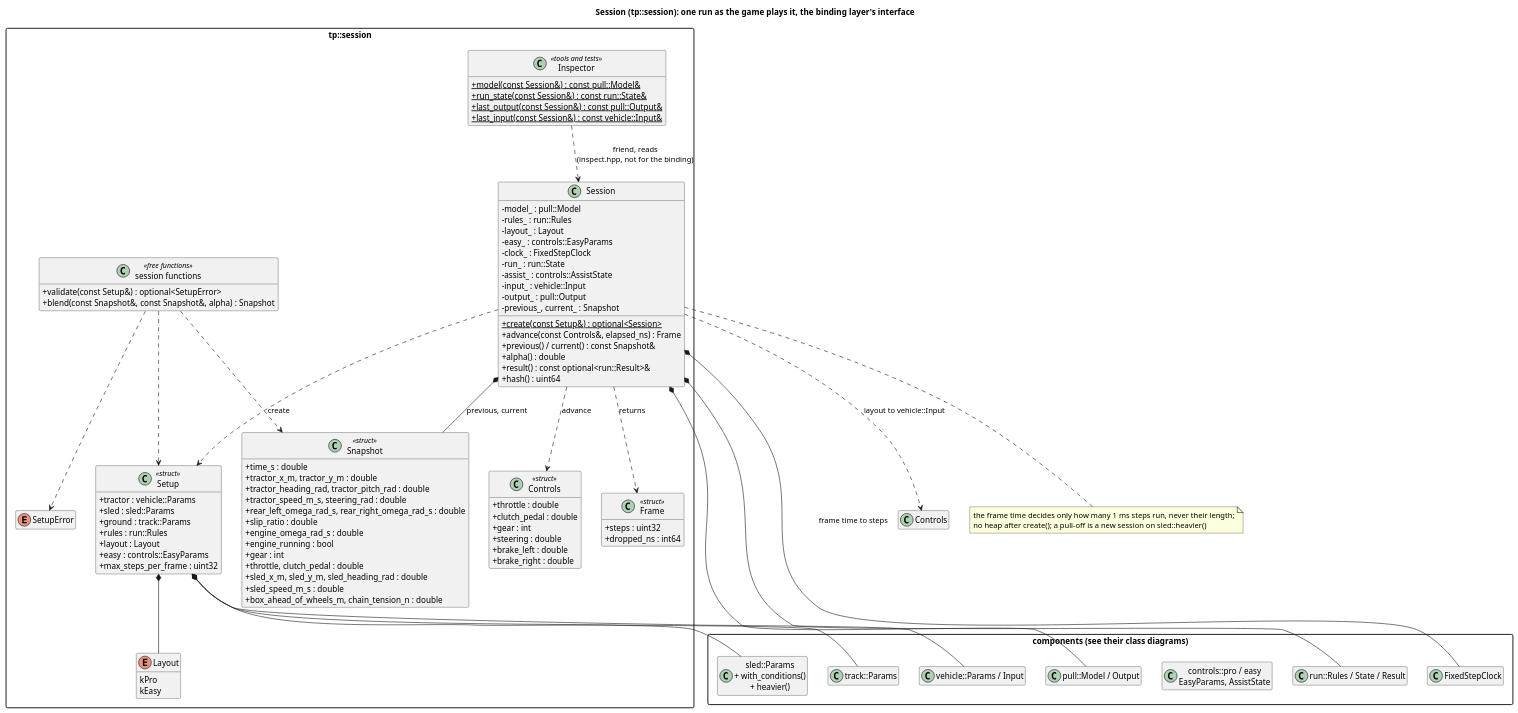
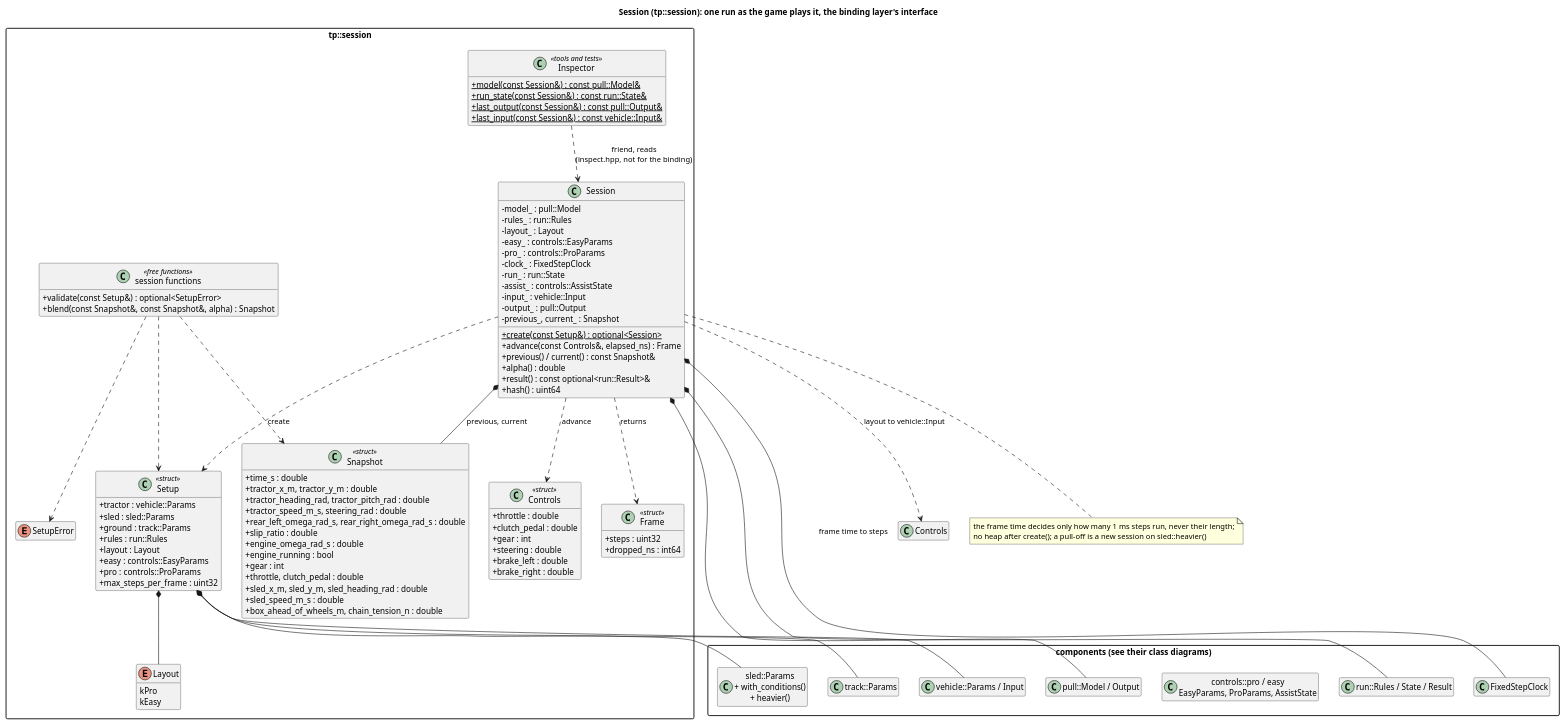
Before and after one commit to wversteeg/TractorPulling: the diagram in docs/diagrams/session_classes.puml, drawn with PlantUML. The commit also changed 22 other files, not shown here.

```diff
--- a/docs/diagrams/session_classes.puml
+++ b/docs/diagrams/session_classes.puml
@@ -1,108 +1,110 @@
 @startuml session_classes
 title Session (tp::session): one run as the game plays it, the binding layer's interface
 hide empty members
 skinparam packageStyle rectangle
 skinparam classAttributeIconSize 0
 
 package "components (see their class diagrams)" {
   class "pull::Model / Output" as Pull
   class "run::Rules / State / Result" as Run
-  class "controls::pro / easy\nEasyParams, AssistState" as Controls
+  class "controls::pro / easy\nEasyParams, ProParams, AssistState" as Controls
   class "FixedStepClock" as Clock
   class "vehicle::Params / Input" as Vehicle
   class "sled::Params\n+ with_conditions()\n+ heavier()" as Sled
   class "track::Params" as Track
 }
 
 package "tp::session" {
   enum Layout {
     kPro
     kEasy
   }
   class Setup <<struct>> {
     +tractor : vehicle::Params
     +sled : sled::Params
     +ground : track::Params
     +rules : run::Rules
     +layout : Layout
     +easy : controls::EasyParams
+    +pro : controls::ProParams
     +max_steps_per_frame : uint32
   }
   enum SetupError
   class Controls <<struct>> {
     +throttle : double
     +clutch_pedal : double
     +gear : int
     +steering : double
     +brake_left : double
     +brake_right : double
   }
   class Snapshot <<struct>> {
     +time_s : double
     +tractor_x_m, tractor_y_m : double
     +tractor_heading_rad, tractor_pitch_rad : double
     +tractor_speed_m_s, steering_rad : double
     +rear_left_omega_rad_s, rear_right_omega_rad_s : double
     +slip_ratio : double
     +engine_omega_rad_s : double
     +engine_running : bool
     +gear : int
     +throttle, clutch_pedal : double
     +sled_x_m, sled_y_m, sled_heading_rad : double
     +sled_speed_m_s : double
     +box_ahead_of_wheels_m, chain_tension_n : double
   }
   class Frame <<struct>> {
     +steps : uint32
     +dropped_ns : int64
   }
   class Session {
     -model_ : pull::Model
     -rules_ : run::Rules
     -layout_ : Layout
     -easy_ : controls::EasyParams
+    -pro_ : controls::ProParams
     -clock_ : FixedStepClock
     -run_ : run::State
     -assist_ : controls::AssistState
     -input_ : vehicle::Input
     -output_ : pull::Output
     -previous_, current_ : Snapshot
     +{static} create(const Setup&) : optional<Session>
     +advance(const Controls&, elapsed_ns) : Frame
     +previous() / current() : const Snapshot&
     +alpha() : double
     +result() : const optional<run::Result>&
     +hash() : uint64
   }
   class Inspector <<tools and tests>> {
     +{static} model(const Session&) : const pull::Model&
     +{static} run_state(const Session&) : const run::State&
     +{static} last_output(const Session&) : const pull::Output&
     +{static} last_input(const Session&) : const vehicle::Input&
   }
   Inspector ..> Session : friend, reads\n(inspect.hpp, not for the binding)
   class "session functions" as SessionFns <<free functions>> {
     +validate(const Setup&) : optional<SetupError>
     +blend(const Snapshot&, const Snapshot&, alpha) : Snapshot
   }
   Setup *-- Layout
   Session ..> Setup : create
   Session ..> Controls : advance
   Session ..> Frame : returns
   Session *-- Snapshot : previous, current
   SessionFns ..> Setup
   SessionFns ..> SetupError
   SessionFns ..> Snapshot
 }
 Setup *-- Vehicle
 Setup *-- Sled
 Setup *-- Track
 Session *-- Pull
 Session *-- Run
 Session *-- Clock : frame time to steps
 Session ..> Controls : layout to vehicle::Input
 note bottom of Session
   the frame time decides only how many 1 ms steps run, never their length;
   no heap after create(); a pull-off is a new session on sled::heavier()
 end note
 @enduml
```
